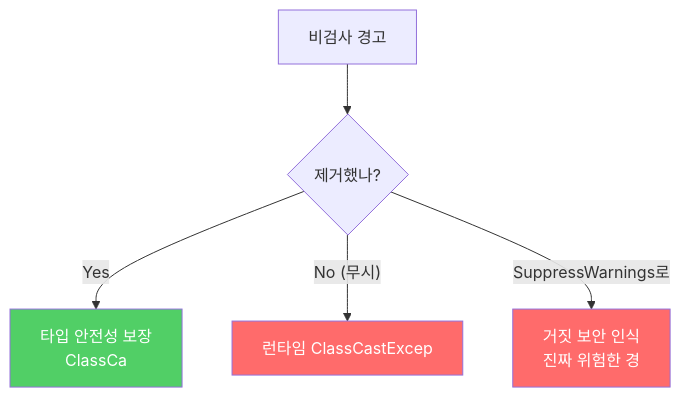
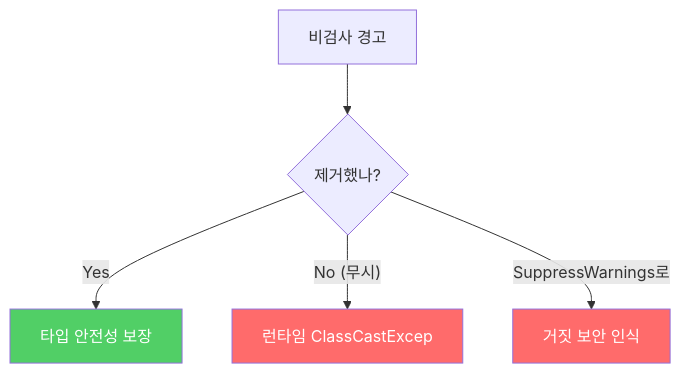
The first of 2 diagrams in _posts/java/2022-01-05-effective-java27.md (yjkim2015/yjkim2015.github.io), drawn with Mermaid before and after one commit. The commit also changed other lines of this file and 217 other files, not shown here.

First line of the commit message:
Mermaid 크기 수정: useMaxWidth:true + SVG max-width:100% + 라벨 축소

````diff
--- a/_posts/java/2022-01-05-effective-java27.md
+++ b/_posts/java/2022-01-05-effective-java27.md
@@ -38,10 +38,10 @@
 ```mermaid
 graph TD
     A["비검사 경고"] --> B{"제거했나?"}
-    B -->|"Yes"| C["타입 안전성 보장\nClassCa"]
+    B -->|"Yes"| C["타입 안전성 보장"]
     B -->|"No (무시)"| D["런타임 ClassCastExcep"]
-    B -->|"SuppressWarnings로"| E["거짓 보안 인식\n진짜 위험한 경"]
+    B -->|"SuppressWarnings로"| E["거짓 보안 인식"]
     style C fill:#51cf66,color:#fff
     style D fill:#ff6b6b,color:#fff
     style E fill:#ff6b6b,color:#fff
 ```
````
